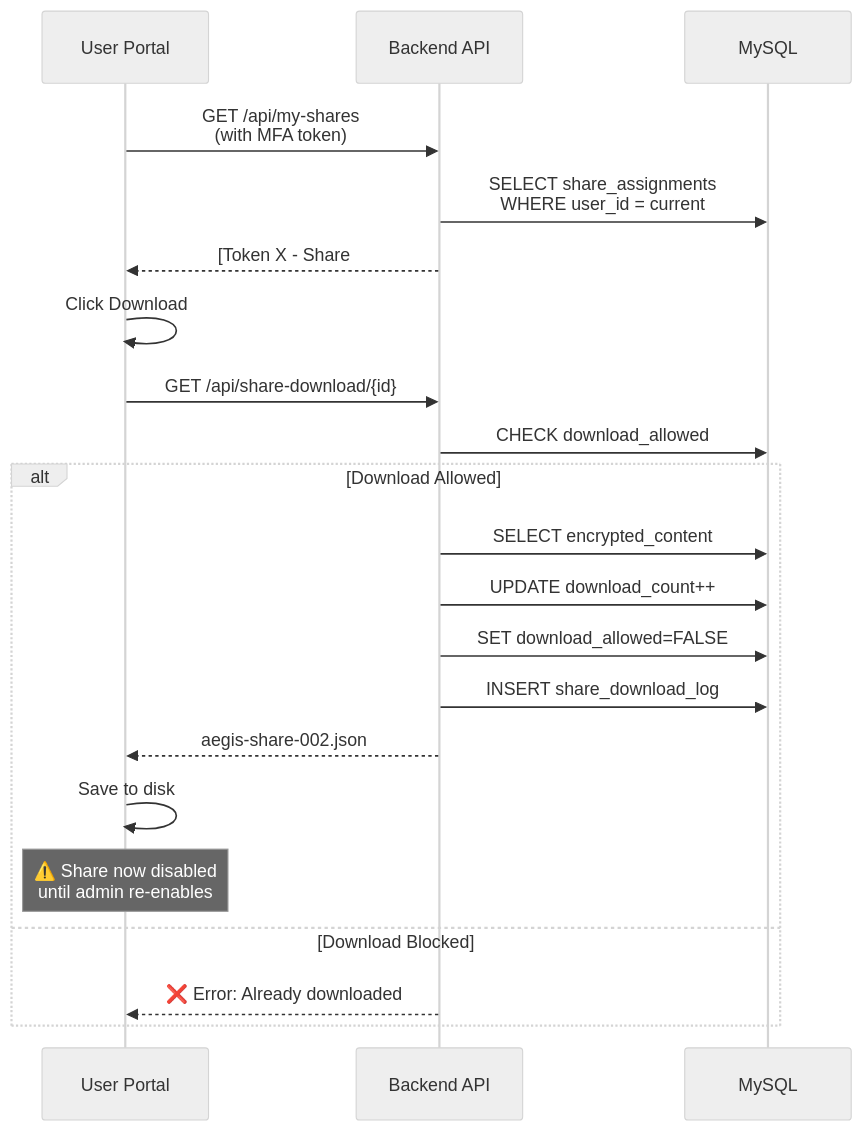
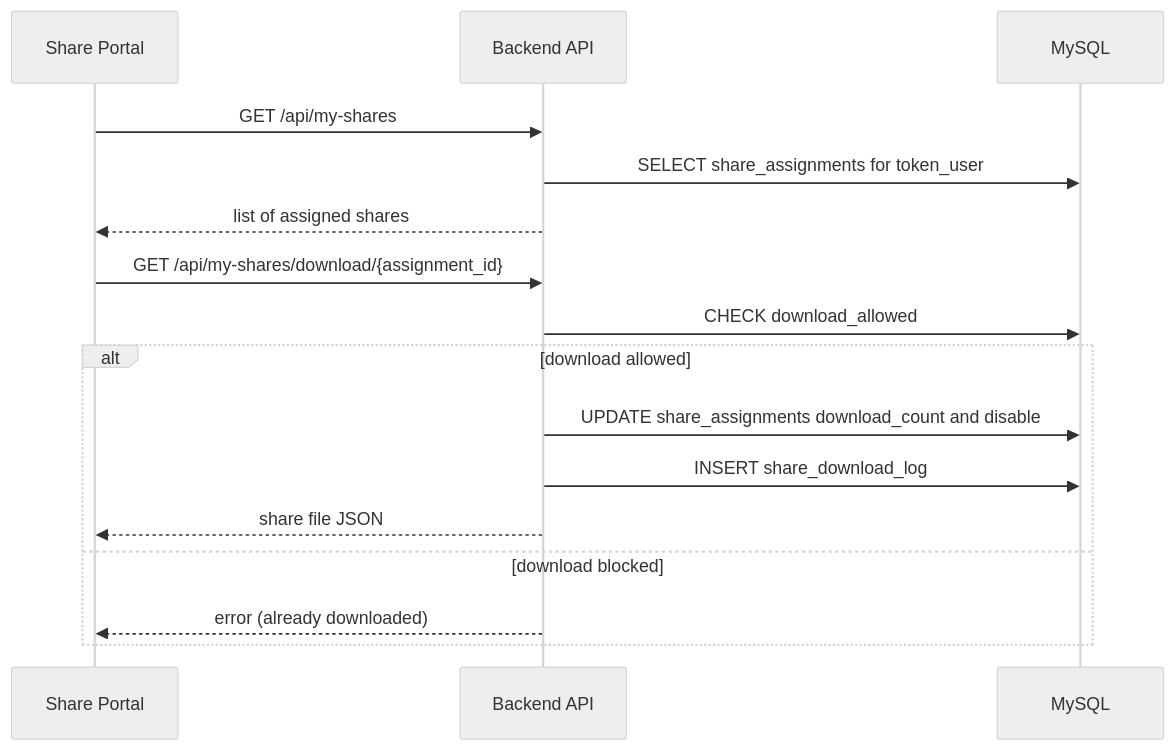
Before and after one commit to commentors-net/Aegis-Mint: the fourth of 5 diagrams in SHARE-MANAGEMENT-FLOW-FULL-IMPLEMENTATION.md, drawn with Mermaid (neutral theme). The commit also changed other lines of this file and 5 other files, not shown here.

````diff
--- a/SHARE-MANAGEMENT-FLOW-FULL-IMPLEMENTATION.md
+++ b/SHARE-MANAGEMENT-FLOW-FULL-IMPLEMENTATION.md
@@ -233,27 +143,20 @@
 ```mermaid
 sequenceDiagram
-    participant User as User Portal
+    participant User as Share Portal
     participant API as Backend API
     participant DB as MySQL
     
-    User->>API: GET /api/my-shares<br/>(with MFA token)
-    API->>DB: SELECT share_assignments<br/>WHERE user_id = current
-    API-->>User: [Token X - Share #2]<br/>✅ Available
+    User->>API: GET /api/my-shares
+    API->>DB: SELECT share_assignments for token_user
+    API-->>User: list of assigned shares
     
-    User->>User: Click Download
-    
-    User->>API: GET /api/share-download/{id}
+    User->>API: GET /api/my-shares/download/{assignment_id}
     API->>DB: CHECK download_allowed
-    
-    alt Download Allowed
-        API->>DB: SELECT encrypted_content
-        API->>DB: UPDATE download_count++
-        API->>DB: SET download_allowed=FALSE
+    alt download allowed
+        API->>DB: UPDATE share_assignments download_count and disable
         API->>DB: INSERT share_download_log
-        API-->>User: aegis-share-002.json
-        User->>User: Save to disk
-        Note over User: ⚠️ Share now disabled<br/>until admin re-enables
-    else Download Blocked
-        API-->>User: ❌ Error: Already downloaded
+        API-->>User: share file JSON
+    else download blocked
+        API-->>User: error (already downloaded)
     end
 ```
````
